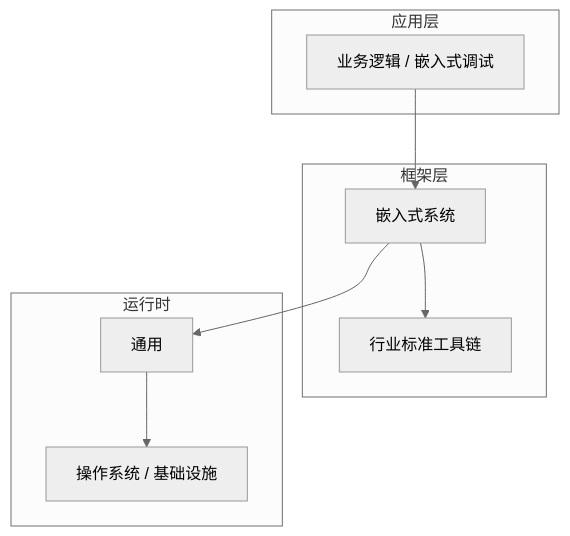
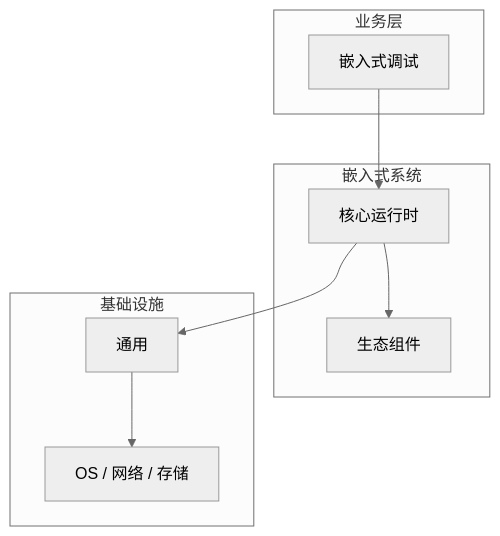
Before and after one commit to yanggan2015/knowledge-json-v2: the diagram in articles/嵌入式系统/chapters/081-嵌入式调试核心概念与原理.md, drawn with Mermaid (neutral theme). The commit also changed other lines of this file and 10127 other files, not shown here.

````diff
--- a/articles/嵌入式系统/chapters/081-嵌入式调试核心概念与原理.md
+++ b/articles/嵌入式系统/chapters/081-嵌入式调试核心概念与原理.md
@@ -45,18 +34,18 @@
 ```mermaid
 graph TB
-    subgraph 应用层
-        A[业务逻辑 / 嵌入式调试]
+    subgraph 业务层
+        A[嵌入式调试]
     end
-    subgraph 框架层
-        B[嵌入式系统]
-        C[行业标准工具链]
+    subgraph 嵌入式系统
+        B[核心运行时]
+        C[生态组件]
     end
-    subgraph 运行时
+    subgraph 基础设施
         D[通用]
-        E[操作系统 / 基础设施]
+        E[OS / 网络 / 存储]
     end
     A --> B
     B --> C
     B --> D
     D --> E
 ```
````
